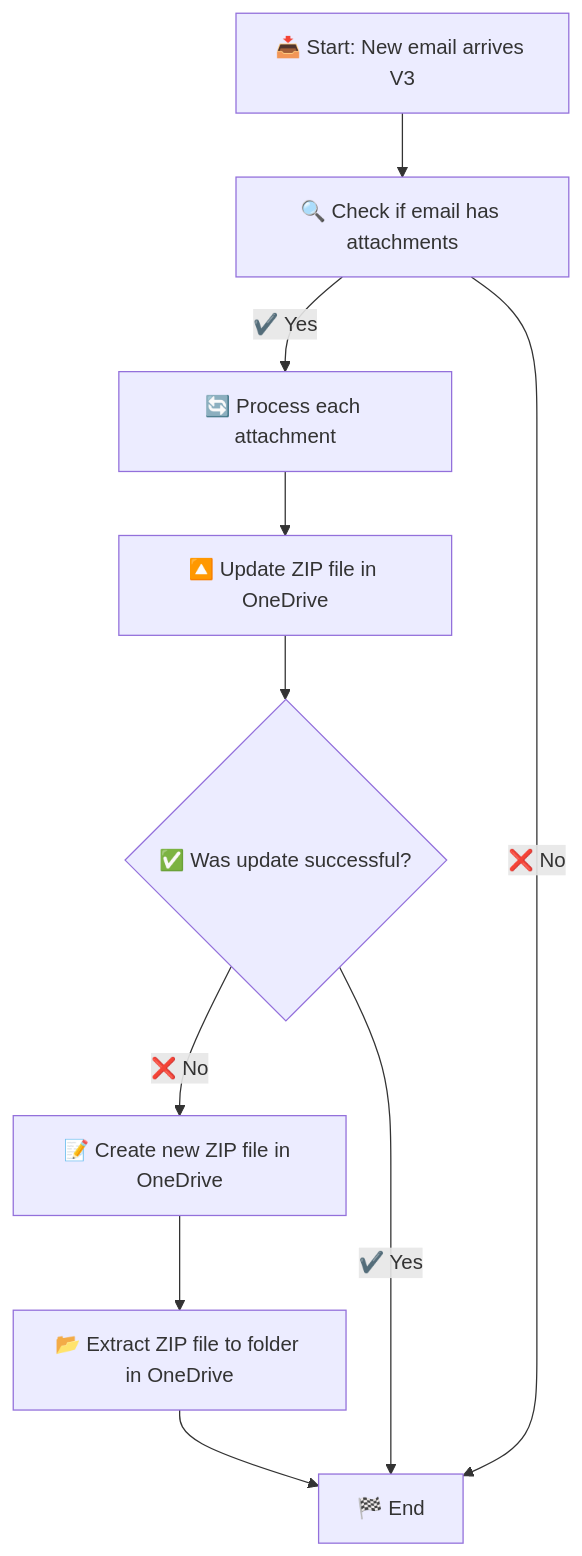
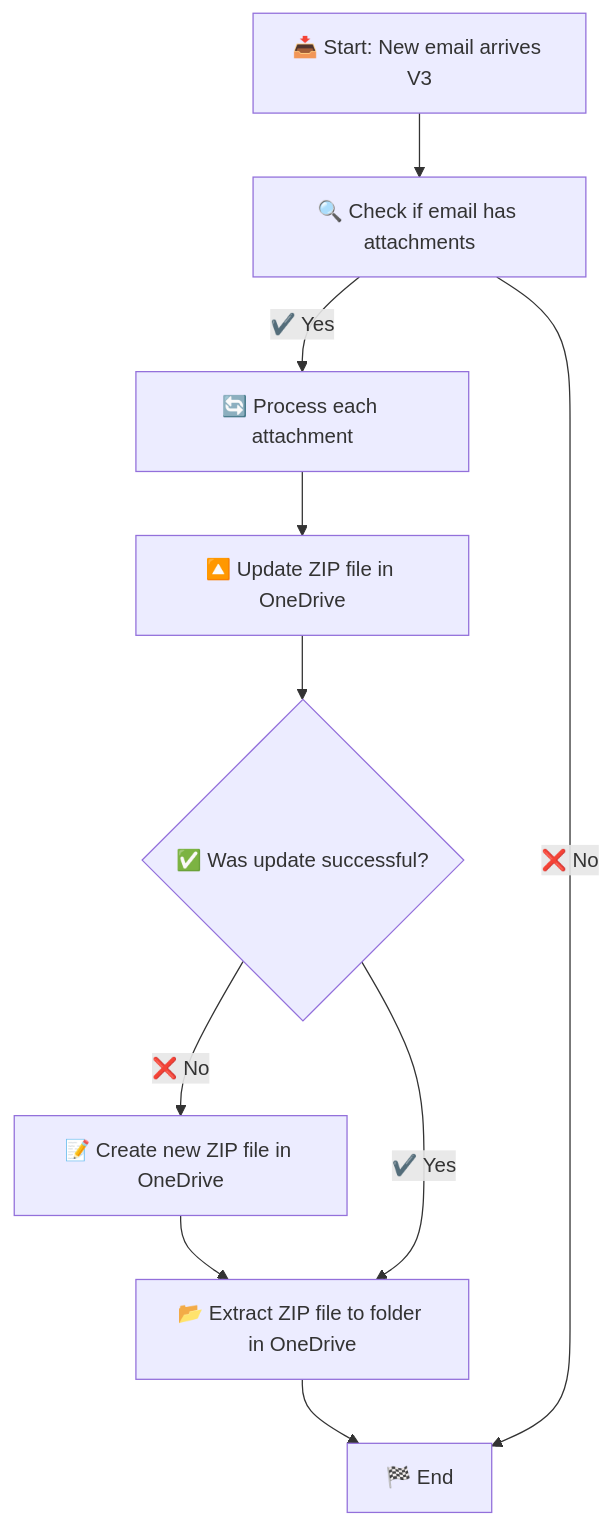
Before and after one commit to MateuszMachowina/power-automate: the diagram in Email-Attachment-Processor-&-ZIP-Extractor/README.md, drawn with Mermaid.

````diff
--- a/Email-Attachment-Processor-&-ZIP-Extractor/README.md
+++ b/Email-Attachment-Processor-&-ZIP-Extractor/README.md
@@ -9,13 +9,13 @@
 ```mermaid
 graph TD
   A[📥 Start: New email arrives V3] --> B[🔍 Check if email has attachments]
   B -->|✔️ Yes| C[🔄 Process each attachment]
   C --> D[🔼 Update ZIP file in OneDrive]
   D --> E{✅ Was update successful?}
   E -->|❌ No| F[📝 Create new ZIP file in OneDrive]
   F --> G[📂 Extract ZIP file to folder in OneDrive]
   G --> H[🏁 End]
 
-  E -->|✔️ Yes| H
+  E -->|✔️ Yes| G
   B -->|❌ No| H
 ```
````
